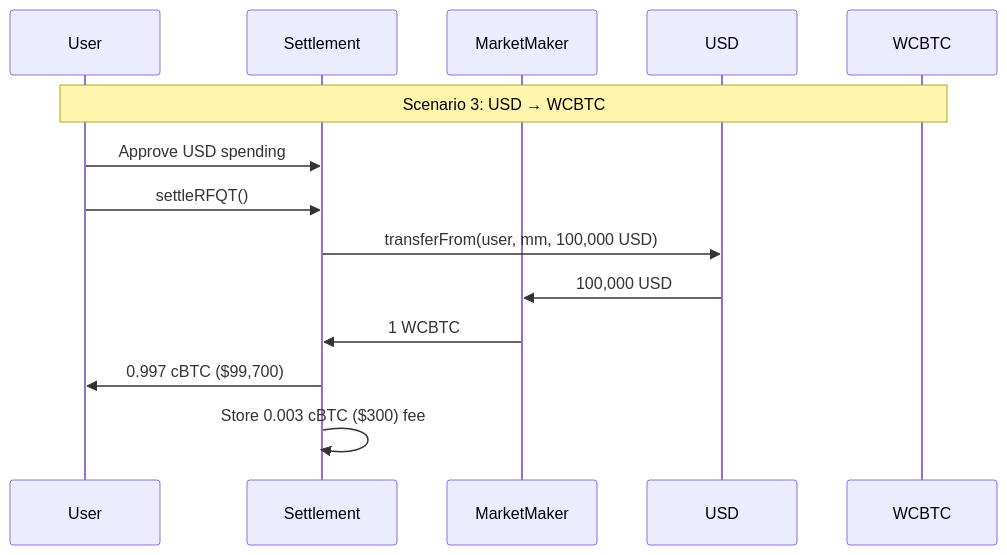
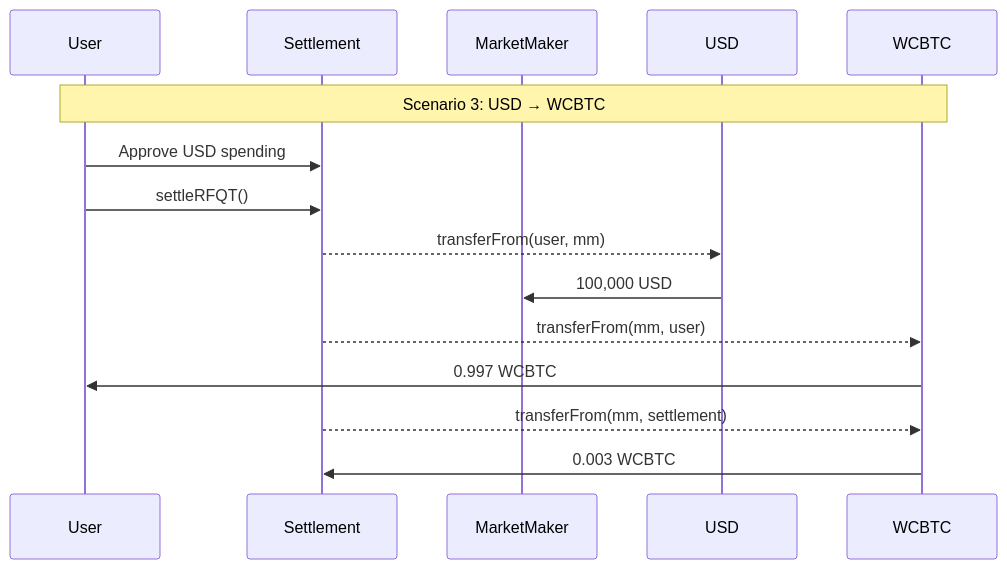
Before and after one commit to crest-bitcoin/docs: the fourth of 4 diagrams in trading/rfqt.mdx, drawn with Mermaid. The commit also changed other lines of this file and 2 other files, not shown here.

````diff
--- a/trading/rfqt.mdx
+++ b/trading/rfqt.mdx
@@ -123,17 +122,18 @@
 ```mermaid
 sequenceDiagram
     participant User
     participant Settlement
     participant MarketMaker
     participant USD
     participant WCBTC
 
     Note over User,WCBTC: Scenario 3: USD → WCBTC
     User->>Settlement: Approve USD spending
     User->>Settlement: settleRFQT()
-    Settlement->>USD: transferFrom(user, mm, 100,000 USD)
+    Settlement-->>USD: transferFrom(user, mm)
     USD->>MarketMaker: 100,000 USD
-    MarketMaker->>Settlement: 1 WCBTC
-    Settlement->>User: 0.997 cBTC ($99,700)
-    Settlement->>Settlement: Store 0.003 cBTC ($300) fee
+    Settlement-->>WCBTC: transferFrom(mm, user)
+    WCBTC->>User: 0.997 WCBTC
+    Settlement-->>WCBTC: transferFrom(mm, settlement)
+    WCBTC->>Settlement: 0.003 WCBTC
 ```
````
